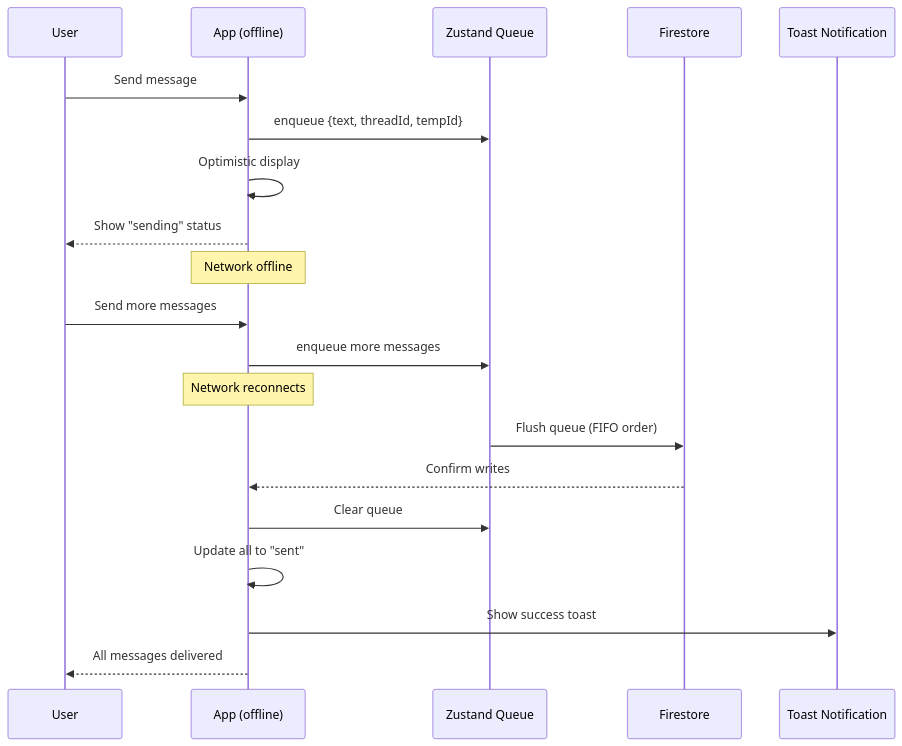
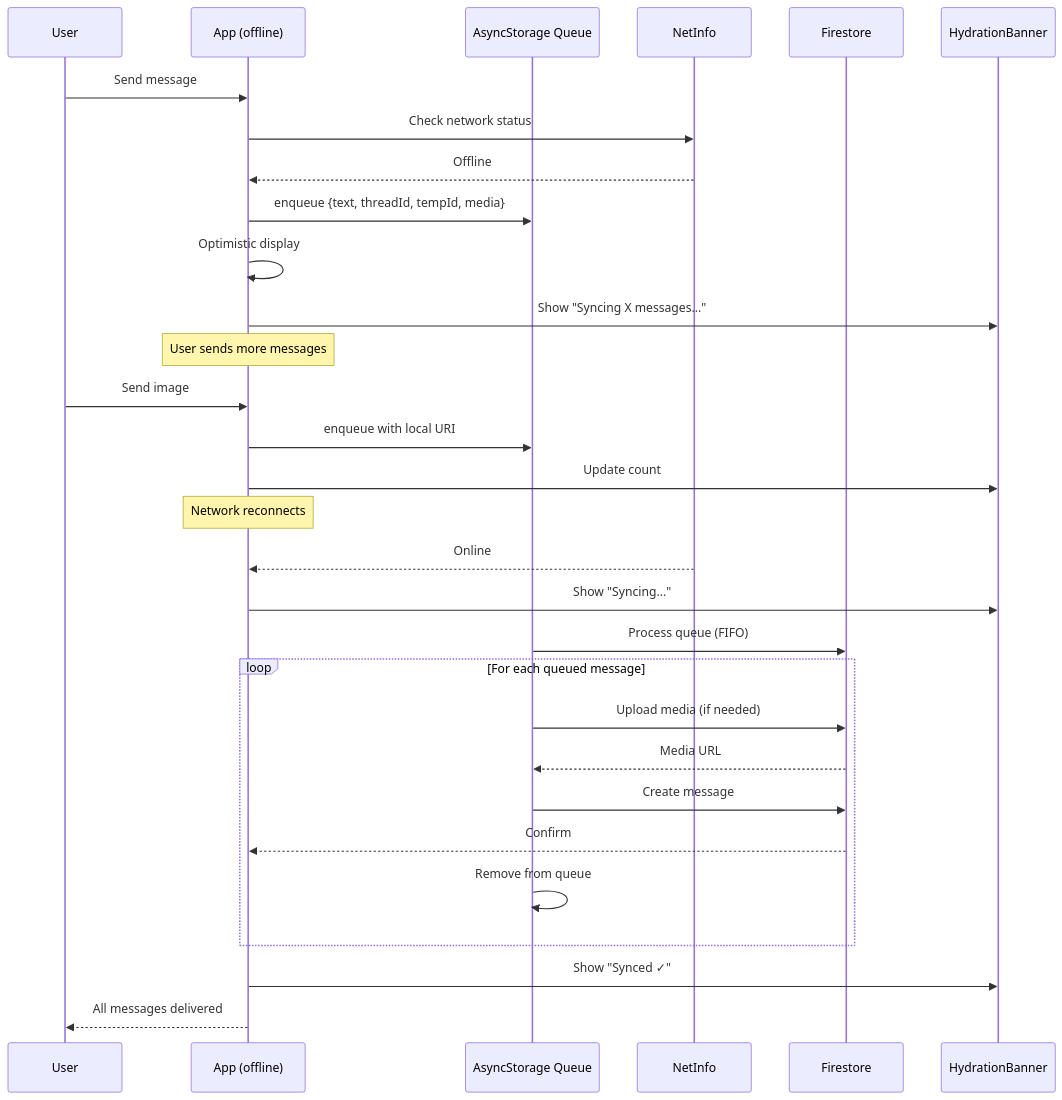
Before and after one commit to mdayku/wazzap: the fourth of 6 diagrams in ARCHITECTURE.md, drawn with Mermaid. The commit also changed other lines of this file and 5 other files, not shown here.

First line of the commit message:
docs: merge architecture docs and add Seinfeld Mode concept

````diff
--- a/ARCHITECTURE.md
+++ b/ARCHITECTURE.md
@@ -123,25 +532,35 @@
 ```mermaid
 sequenceDiagram
     participant U as User
     participant A as App (offline)
-    participant Q as Zustand Queue
+    participant Q as AsyncStorage Queue
+    participant N as NetInfo
     participant F as Firestore
-    participant T as Toast Notification
+    participant T as HydrationBanner
     
     U->>A: Send message
-    A->>Q: enqueue {text, threadId, tempId}
+    A->>N: Check network status
+    N-->>A: Offline
+    A->>Q: enqueue {text, threadId, tempId, media}
     A->>A: Optimistic display
-    A-->>U: Show "sending" status
+    A->>T: Show "Syncing X messages..."
     
-    Note over A: Network offline
-    U->>A: Send more messages
-    A->>Q: enqueue more messages
+    Note over A: User sends more messages
+    U->>A: Send image
+    A->>Q: enqueue with local URI
+    A->>T: Update count
     
     Note over A: Network reconnects
-    Q->>F: Flush queue (FIFO order)
-    F-->>A: Confirm writes
-    A->>Q: Clear queue
-    A->>A: Update all to "sent"
-    A->>T: Show success toast
+    N-->>A: Online
+    A->>T: Show "Syncing..."
+    Q->>F: Process queue (FIFO)
+    loop For each queued message
+        Q->>F: Upload media (if needed)
+        F-->>Q: Media URL
+        Q->>F: Create message
+        F-->>A: Confirm
+        Q->>Q: Remove from queue
+    end
+    A->>T: Show "Synced ✓"
     A-->>U: All messages delivered
 ```
````
